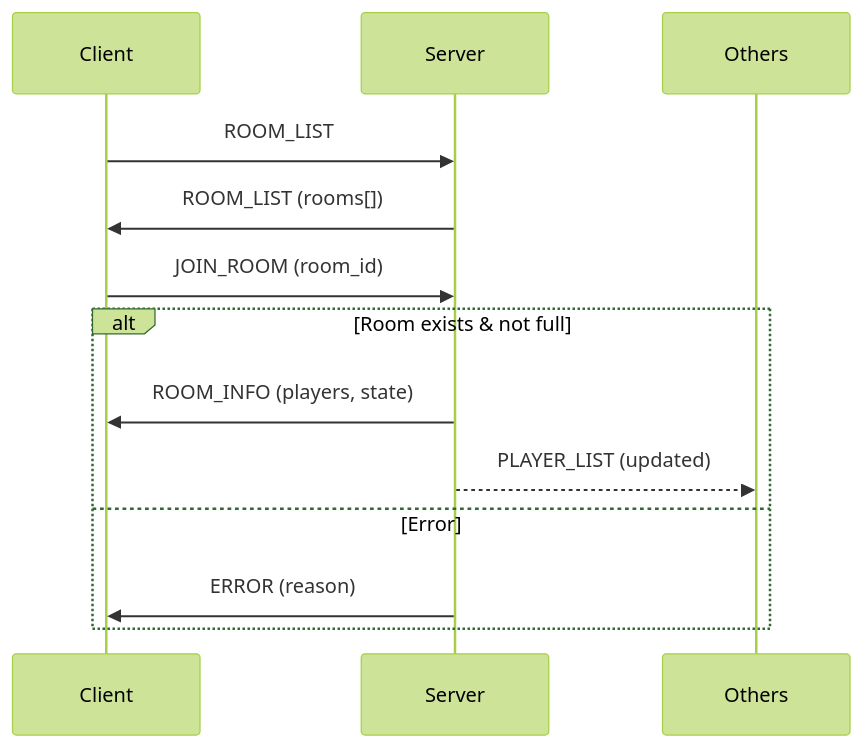
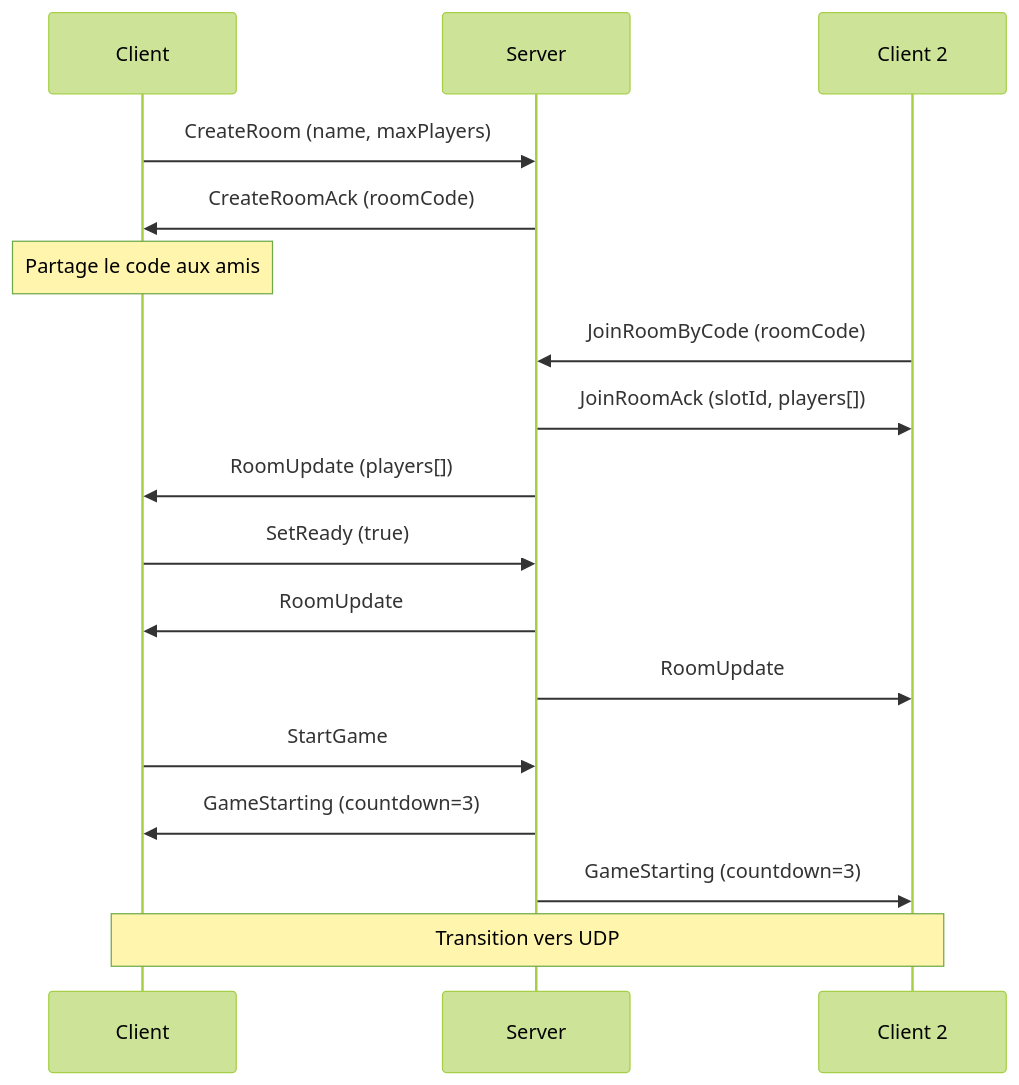
Before and after one commit to ChrisG-L/rtype: the second of 2 diagrams in docs/technique/reseau/tcp.md, drawn with Mermaid (forest theme). The commit also changed other lines of this file and 29 other files, not shown here.

````diff
--- a/docs/technique/reseau/tcp.md
+++ b/docs/technique/reseau/tcp.md
@@ -111,16 +168,23 @@
 ```mermaid
 sequenceDiagram
     participant C as Client
     participant S as Server
 
-    C->>S: ROOM_LIST
-    S->>C: ROOM_LIST (rooms[])
+    C->>S: CreateRoom (name, maxPlayers)
+    S->>C: CreateRoomAck (roomCode)
+    Note over C: Partage le code aux amis
 
-    C->>S: JOIN_ROOM (room_id)
-    alt Room exists & not full
-        S->>C: ROOM_INFO (players, state)
-        S-->>Others: PLAYER_LIST (updated)
-    else Error
-        S->>C: ERROR (reason)
-    end
+    participant C2 as Client 2
+    C2->>S: JoinRoomByCode (roomCode)
+    S->>C2: JoinRoomAck (slotId, players[])
+    S->>C: RoomUpdate (players[])
+
+    C->>S: SetReady (true)
+    S->>C: RoomUpdate
+    S->>C2: RoomUpdate
+
+    C->>S: StartGame
+    S->>C: GameStarting (countdown=3)
+    S->>C2: GameStarting (countdown=3)
+    Note over C,C2: Transition vers UDP
 ```
````
